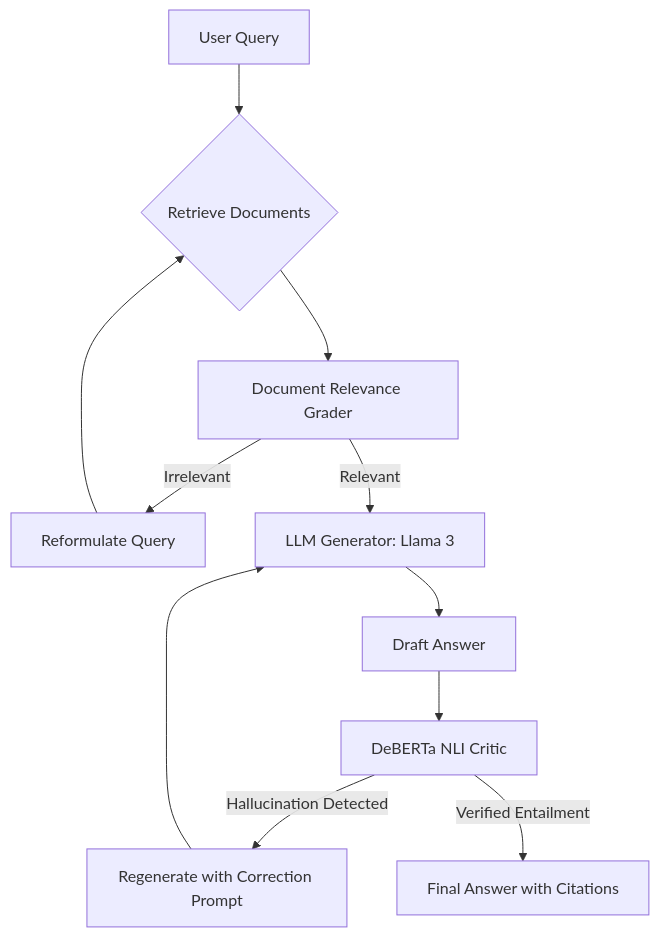
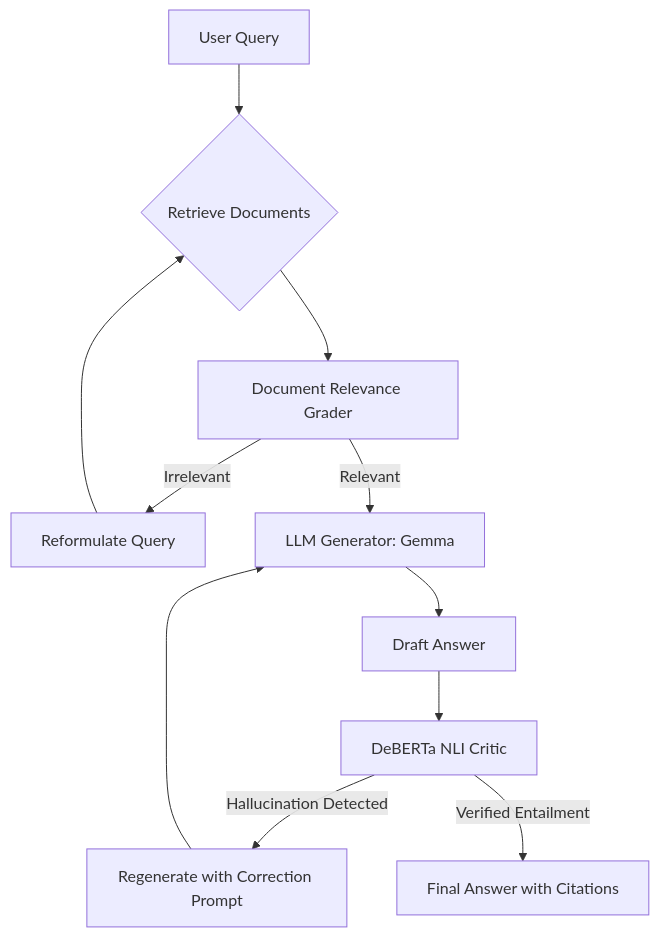
The diagram in README.md (DarshanKarna/AGENTIC-RAG-WITH-SELF-CORRECTION-AND-CITATION-HIGHLIGHTING), drawn with Mermaid before and after one commit. The commit also changed other lines of this file and 2 other files, not shown here.

Commit message:
refactor: update project configuration and documentation to run with local Gemma instead of external LLMs

````diff
--- a/README.md
+++ b/README.md
@@ -24,11 +24,11 @@
 ```mermaid
 graph TD
     A[User Query] --> B{Retrieve Documents}
     B --> C[Document Relevance Grader]
     C -- Irrelevant --> D[Reformulate Query] --> B
-    C -- Relevant --> E[LLM Generator: Llama 3]
+    C -- Relevant --> E[LLM Generator: Gemma]
     E --> F[Draft Answer]
     F --> G[DeBERTa NLI Critic]
     G -- Hallucination Detected --> H[Regenerate with Correction Prompt] --> E
     G -- Verified Entailment --> I[Final Answer with Citations]
 ```
````
